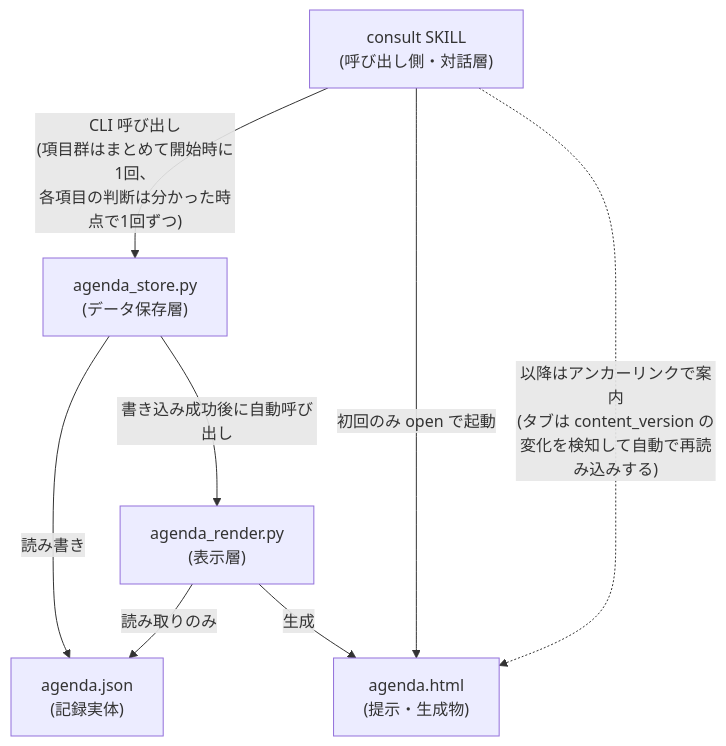
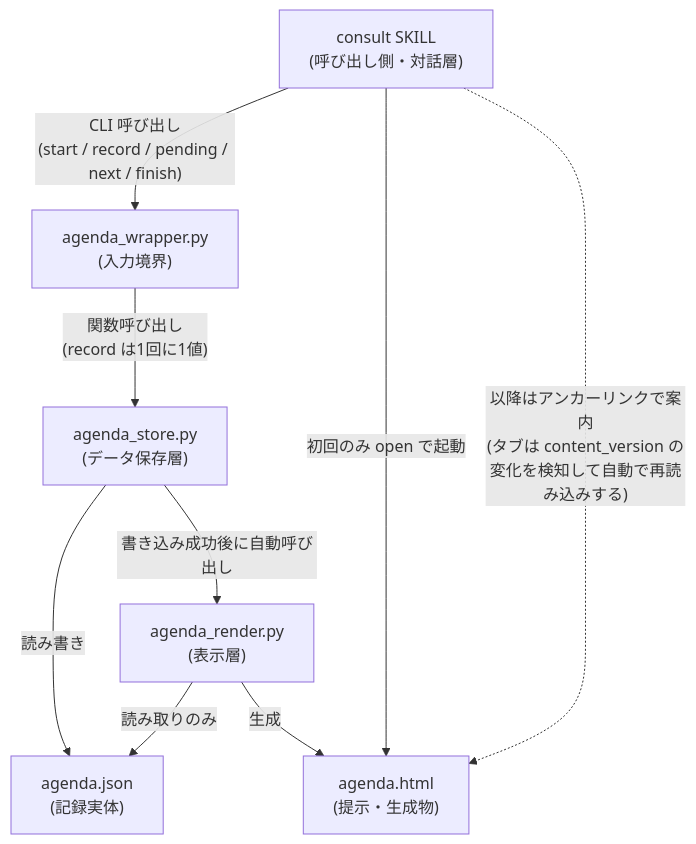
One commit to BlueEventHorizon/bw-cc-plugins changed the first of 3 diagrams in docs/specs/consult/agenda/design/DES-075_agenda_mechanism_design.md. Above: the diagram before and after it, drawn with Mermaid. The commit also changed other lines of this file and 15 other files, not shown here.

````diff
--- a/docs/specs/consult/agenda/design/DES-075_agenda_mechanism_design.md
+++ b/docs/specs/consult/agenda/design/DES-075_agenda_mechanism_design.md
@@ -13,16 +13,18 @@
 ```mermaid
 flowchart TB
     Consult["consult SKILL<br/>(呼び出し側・対話層)"]
+    Wrapper["agenda_wrapper.py<br/>(入力境界)"]
     Store["agenda_store.py<br/>(データ保存層)"]
     Render["agenda_render.py<br/>(表示層)"]
     JSON["agenda.json<br/>(記録実体)"]
     HTML["agenda.html<br/>(提示・生成物)"]
 
-    Consult -->|"CLI 呼び出し<br/>(項目群はまとめて開始時に1回、<br/>各項目の判断は分かった時点で1回ずつ)"| Store
+    Consult -->|"CLI 呼び出し<br/>(start / record / pending / next / finish)"| Wrapper
+    Wrapper -->|"関数呼び出し<br/>(record は1回に1値)"| Store
     Store -->|"読み書き"| JSON
     Store -->|"書き込み成功後に自動呼び出し"| Render
     Render -->|"読み取りのみ"| JSON
     Render -->|"生成"| HTML
     Consult -->|"初回のみ open で起動"| HTML
     Consult -.->|"以降はアンカーリンクで案内<br/>(タブは content_version の変化を検知して自動で再読み込みする)"| HTML
 ```
````
